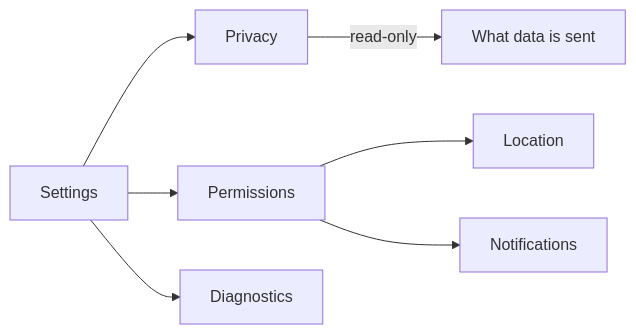
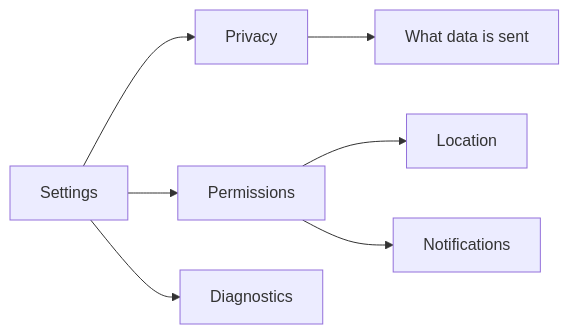
The diagram in Doc/Child app/features/10_settings_privacy_security.md (maiElkheshen066/safeGuard), drawn with Mermaid before and after one commit. The commit also changed 9 other files, not shown here.

````diff
--- a/Doc/Child app/features/10_settings_privacy_security.md
+++ b/Doc/Child app/features/10_settings_privacy_security.md
@@ -22,9 +22,9 @@
 ```mermaid
 flowchart LR
   Settings --> Privacy
   Settings --> Permissions
   Settings --> Diagnostics
-  Privacy -->|read-only| Info[What data is sent]
+  Privacy --> Info[What data is sent]
   Permissions --> Loc[Location]
   Permissions --> Notif[Notifications]
 ```
````
